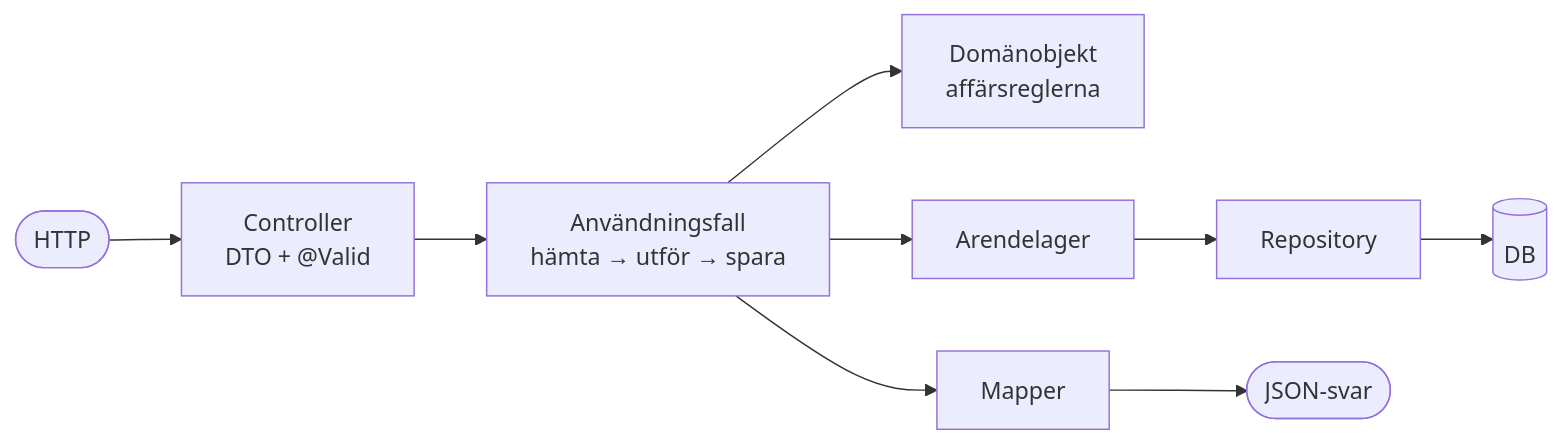
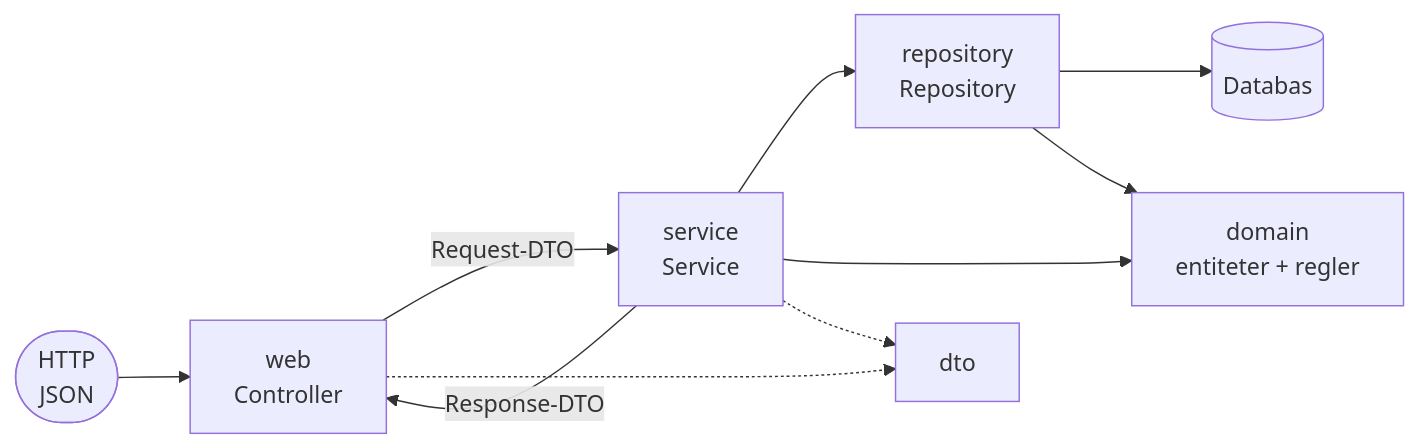
One commit to JudyTutala95/skuld-handlaggning changed the second of 2 diagrams in README.md. Above: the diagram before and after it, drawn with Mermaid. The commit also changed other lines of this file and 127 other files, not shown here.

First line of the commit message:
Inför lagren controller → service → repository i varje modul

````diff
--- a/README.md
+++ b/README.md
@@ -141,8 +159,12 @@
 ```mermaid
 flowchart LR
-    HTTP(["HTTP"]) --> CTRL["Controller<br/>DTO + @Valid"]
-    CTRL --> UC["Användningsfall<br/>hämta → utför → spara"]
-    UC --> DOM["Domänobjekt<br/>affärsreglerna"]
-    UC --> LAGER["Arendelager"] --> REPO["Repository"] --> DB[("DB")]
-    UC --> MAP["Mapper"] --> SVAR(["JSON-svar"])
+    HTTP(["HTTP<br/>JSON"]) --> WEB["web<br/>Controller"]
+    WEB -->|Request-DTO| SERVICE["service<br/>Service"]
+    SERVICE -->|Response-DTO| WEB
+    SERVICE --> REPO["repository<br/>Repository"]
+    REPO --> DB[("Databas")]
+    SERVICE --> DOMAIN["domain<br/>entiteter + regler"]
+    REPO --> DOMAIN
+    WEB -.-> DTO["dto"]
+    SERVICE -.-> DTO
 ```
````
